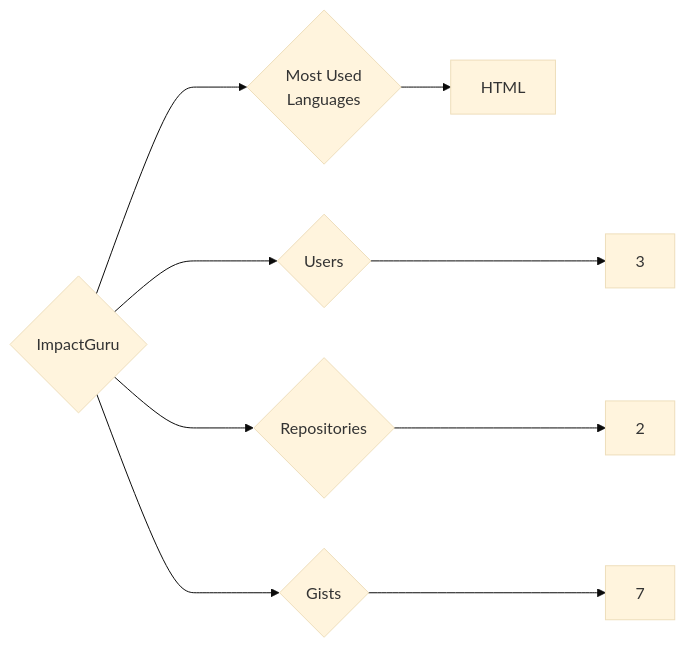
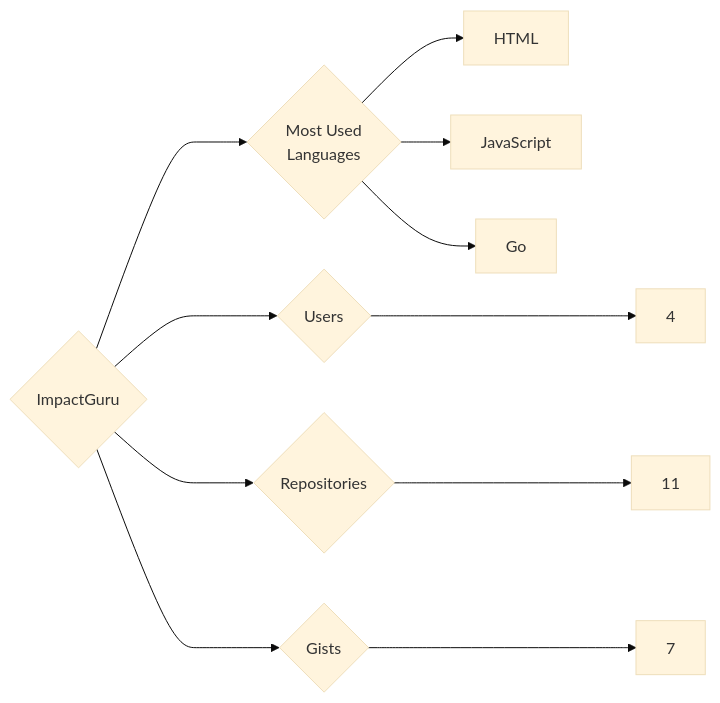
One commit to trickest/insiders changed the diagram in targets/ImpactGuru/README.md. Above: the diagram before and after it, drawn with Mermaid (base theme). The commit also changed 1148 other files, not shown here.

````diff
--- a/targets/ImpactGuru/README.md
+++ b/targets/ImpactGuru/README.md
@@ -3,9 +3,11 @@
 ```mermaid
 graph LR
 COMPANY_NAME{ImpactGuru}
-COMPANY_NAME ---> U{Users} ---> UN[3]
-COMPANY_NAME ---> R{Repositories} ---> RN[2]
+COMPANY_NAME ---> U{Users} ---> UN[4]
+COMPANY_NAME ---> R{Repositories} ---> RN[11]
 COMPANY_NAME ---> G{Gists} ---> GN[7]
 COMPANY_NAME ---> ML{Most Used<br>Languages}
 ML --> HTML[HTML]
+ML --> JavaScript[JavaScript]
+ML --> Go[Go]
 ```
````
